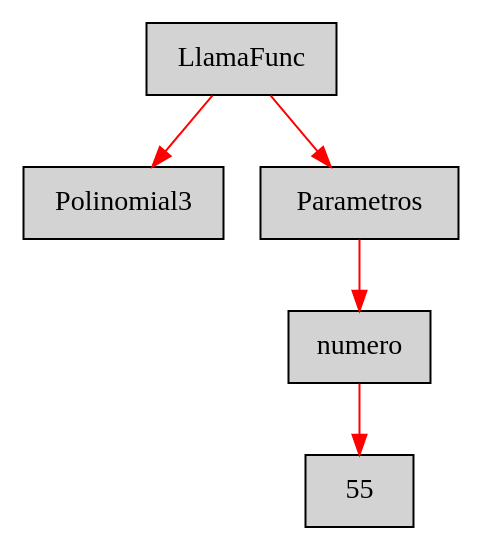
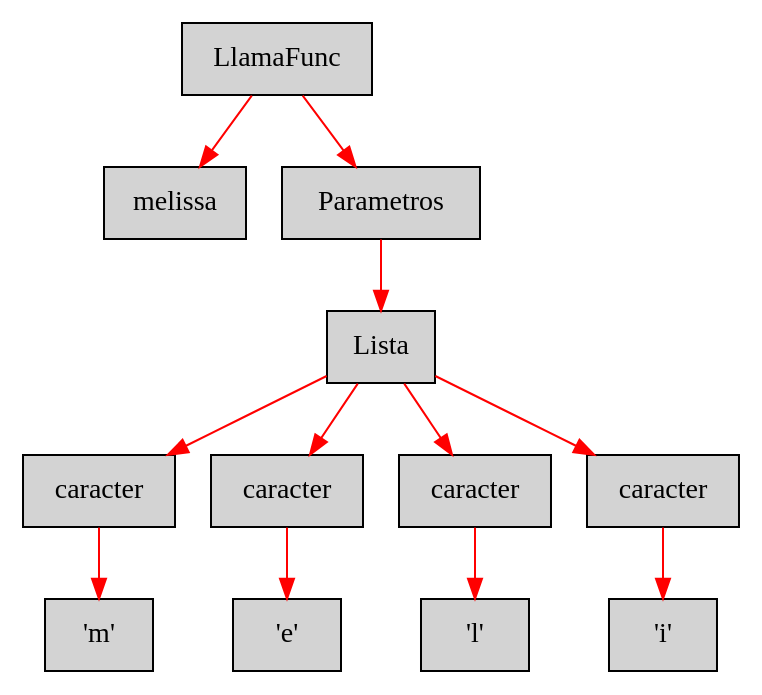
Before and after one commit to k12melissalima09sandoval/Proyecto: the diagram in AstConsola.dot, drawn with Graphviz. The commit also changed 6 other files, not shown here.

```diff
--- a/AstConsola.dot
+++ b/AstConsola.dot
@@ -1,8 +1,15 @@
 digraph G {node[shape=box, style=filled]; edge[color=red]
-node1649682954[label="LlamaFunc"];
- node1649682954->node1715850258;node1715850258[label="Polinomial3"];
- node1649682954->node619272279;node619272279[label="Parametros"];
- node619272279->node1068287169;node1068287169[label="numero"];
- node1068287169->node2095824196;node2095824196[label="55"];
+node1659128368[label="LlamaFunc"];
+ node1659128368->node1454559372;node1454559372[label="melissa"];
+ node1659128368->node251356365;node251356365[label="Parametros"];
+ node251356365->node1423980506;node1423980506[label="Lista"];
+ node1423980506->node336937660;node336937660[label="caracter"];
+ node336937660->node1415824898;node1415824898[label="'m'"];
+ node1423980506->node23797071;node23797071[label="caracter"];
+ node23797071->node1415623775;node1415623775[label="'e'"];
+ node1423980506->node1792937165;node1792937165[label="caracter"];
+ node1792937165->node549946434;node549946434[label="'l'"];
+ node1423980506->node2040489072;node2040489072[label="caracter"];
+ node2040489072->node680326480;node680326480[label="'i'"];
 
 }
```
